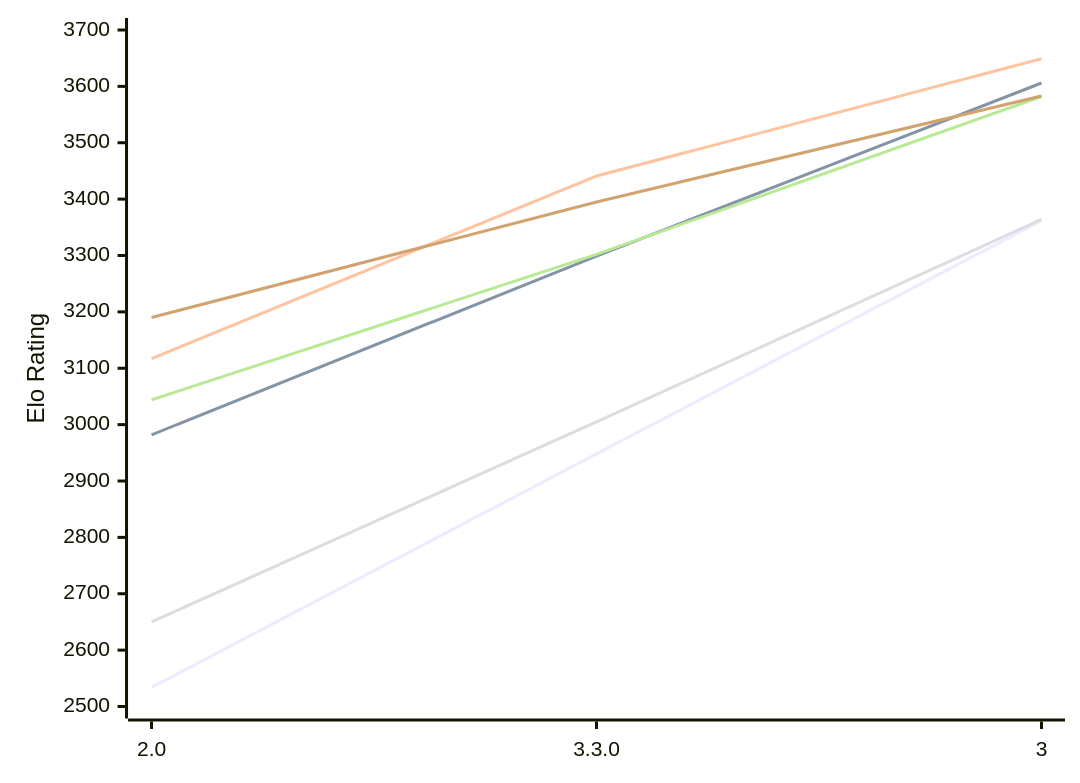
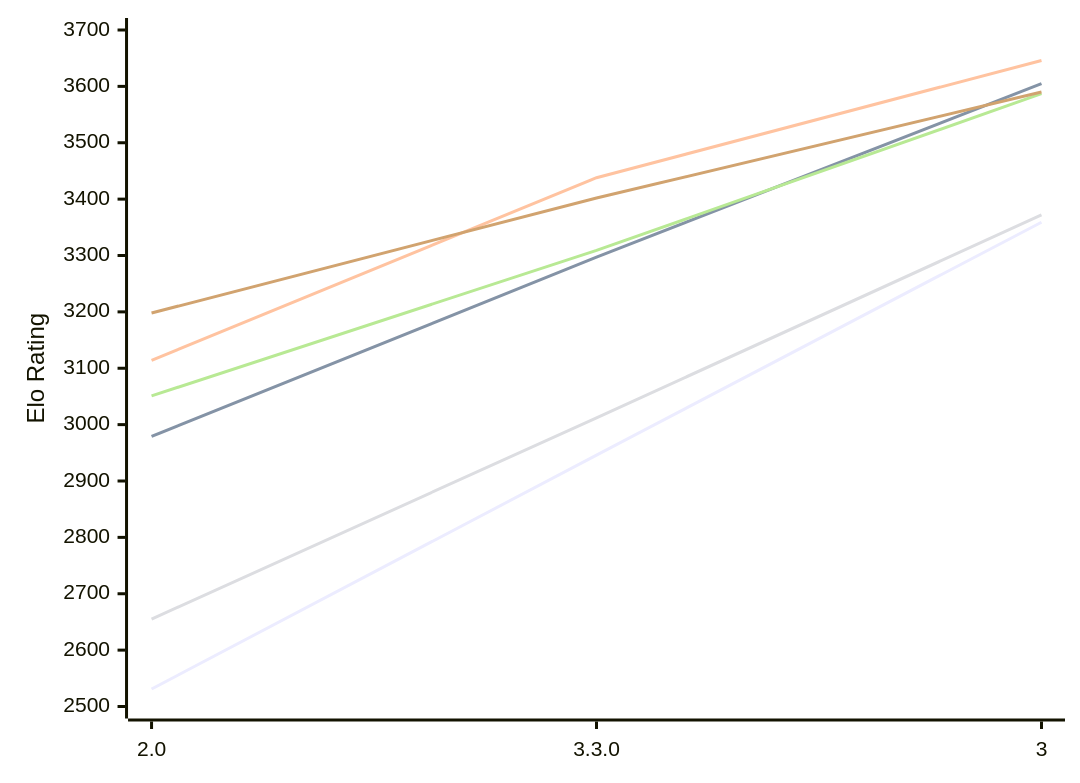
One commit to computer-chess-index/cci changed the diagram in engines/Ravager.md. Above: the diagram before and after it, drawn with Mermaid. The commit also changed other lines of this file, not shown here.

Commit message:
Update CCI Ratings (ELO VLTC) - 2026-11-23

````diff
--- a/engines/Ravager.md
+++ b/engines/Ravager.md
@@ -51,12 +51,12 @@
 ```mermaid
 %%{init: {"theme":"base","themeVariables":{"seriesColors:['#a3a3a3','#222221','#faa371']}}}%%
 xychart-beta
   x-axis ["2.0", "3.3.0", "3"]
   y-axis "Elo Rating" 2500 --> 3700
-  line "E1: STC (8.0+0.08s)" [2534, 2948, 3362]
-  line "E1: LTC (60.0+0.60s)" [2982, 3299, 3606]
-  line "E1: VLTC (2m24s+1.12s)" [3117, 3441, 3649]
-  line "P1: STC (8.0+0.08s)" [2650, 3005, 3364]
-  line "P1: LTC (60.0+0.60s)" [3044, 3302, 3582]
-  line "P1: VLTC (2m24s+1.12s)" [3190, 3395, 3583]
+  line "E1: STC (8.0+0.08s)" [2531, 2946, 3359]
+  line "E1: LTC (60.0+0.60s)" [2979, 3297, 3605]
+  line "E1: VLTC (2m24s+1.12s)" [3114, 3438, 3646]
+  line "P1: STC (8.0+0.08s)" [2655, 3012, 3372]
+  line "P1: LTC (60.0+0.60s)" [3051, 3309, 3587]
+  line "P1: VLTC (2m24s+1.12s)" [3198, 3402, 3590]
 ```
````
